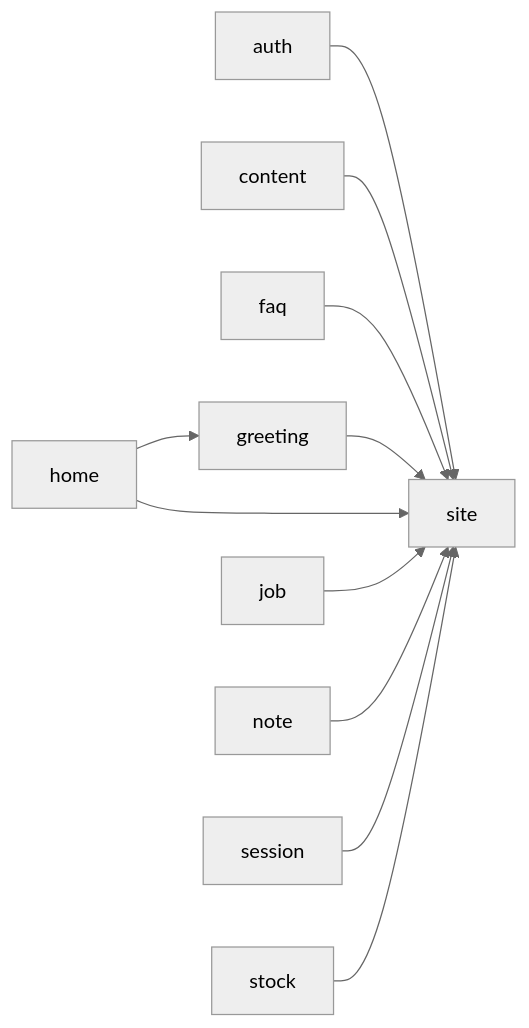
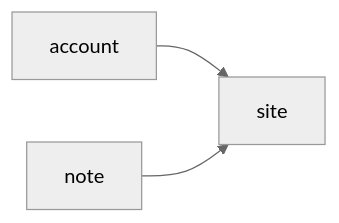
One commit to Ignibyte/aic-nextgen changed the diagram in docs/wiki/README.md. Above: the diagram before and after it, drawn with Mermaid (neutral theme). The commit also changed other lines of this file and 252 other files, not shown here.

````diff
--- a/docs/wiki/README.md
+++ b/docs/wiki/README.md
@@ -22,14 +15,6 @@
 ```mermaid
 graph LR
     site
-    auth --> site
-    content --> site
-    faq --> site
-    greeting --> site
-    home --> site
-    home --> greeting
-    job --> site
+    account --> site
     note --> site
-    session --> site
-    stock --> site
 ```
````
